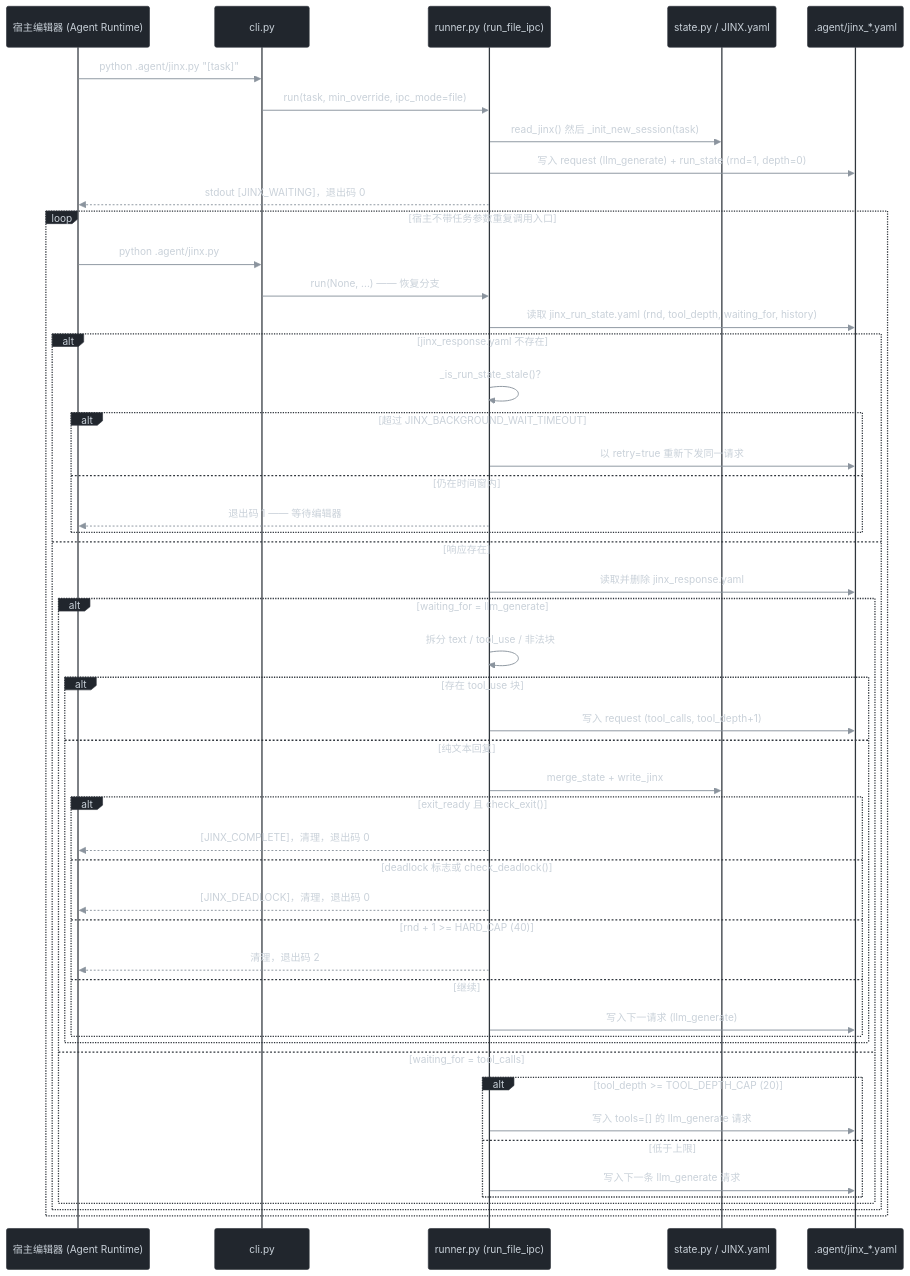
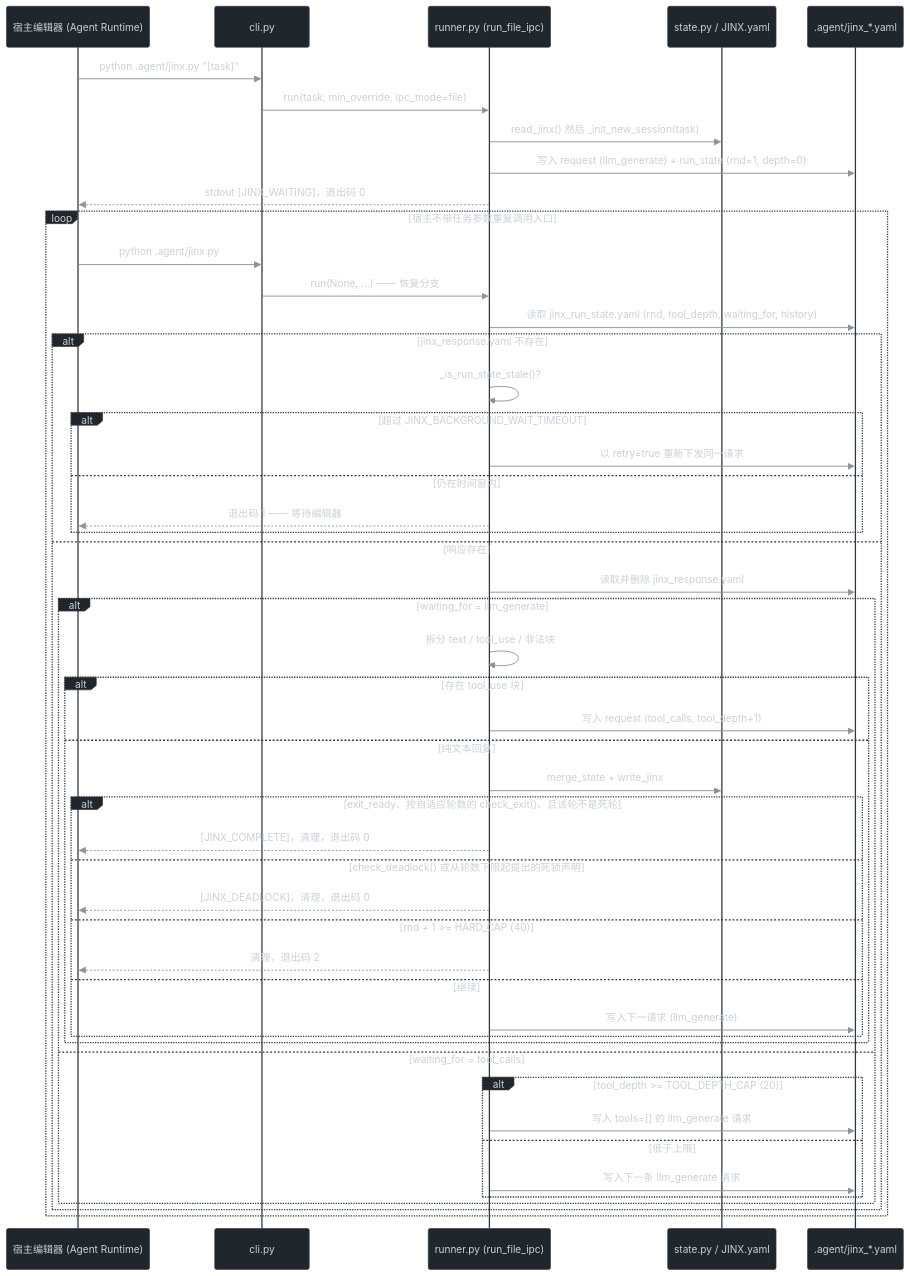
Before and after one commit to apxgpt/agent: the fourth of 5 diagrams in README_ZH.md, drawn with Mermaid. The commit also changed other lines of this file and 12 other files, not shown here.

````diff
--- a/README_ZH.md
+++ b/README_ZH.md
@@ -348,55 +358,55 @@
 ```mermaid
 %%{init: {'theme': 'base', 'themeVariables': {"darkMode": true, "background": "#0d1117", "primaryColor": "#21262d", "primaryTextColor": "#e6edf3", "primaryBorderColor": "#8b949e", "lineColor": "#8b949e", "textColor": "#e6edf3", "edgeLabelBackground": "#161b22", "actorBkg": "#21262d", "actorBorder": "#30363d", "actorTextColor": "#c9d1d9", "actorLineColor": "#30363d", "signalColor": "#8b949e", "signalTextColor": "#c9d1d9", "noteBkgColor": "#161b22", "noteBorderColor": "#30363d", "noteTextColor": "#c9d1d9", "labelBoxBkgColor": "#21262d", "labelBoxBorderColor": "#30363d", "labelTextColor": "#c9d1d9", "loopTextColor": "#c9d1d9", "activationBkgColor": "#21262d", "activationBorderColor": "#30363d"}}}%%
 sequenceDiagram
     participant Host as 宿主编辑器 (Agent Runtime)
     participant CLI as cli.py
     participant Runner as runner.py (run_file_ipc)
     participant State as state.py / JINX.yaml
     participant IPC as .agent/jinx_*.yaml
 
     Host->>CLI: python .agent/jinx.py "[task]"
     CLI->>Runner: run(task, min_override, ipc_mode=file)
     Runner->>State: read_jinx() 然后 _init_new_session(task)
     Runner->>IPC: 写入 request (llm_generate) + run_state (rnd=1, depth=0)
     Runner-->>Host: stdout [JINX_WAITING]，退出码 0
 
     loop 宿主不带任务参数重复调用入口
         Host->>CLI: python .agent/jinx.py
         CLI->>Runner: run(None, ...) —— 恢复分支
         Runner->>IPC: 读取 jinx_run_state.yaml (rnd, tool_depth, waiting_for, history)
 
         alt jinx_response.yaml 不存在
             Runner->>Runner: _is_run_state_stale()?
             alt 超过 JINX_BACKGROUND_WAIT_TIMEOUT
                 Runner->>IPC: 以 retry=true 重新下发同一请求
             else 仍在时间窗内
                 Runner-->>Host: 退出码 1 —— 等待编辑器
             end
         else 响应存在
             Runner->>IPC: 读取并删除 jinx_response.yaml
             alt waiting_for = llm_generate
                 Runner->>Runner: 拆分 text / tool_use / 非法块
                 alt 存在 tool_use 块
                     Runner->>IPC: 写入 request (tool_calls, tool_depth+1)
                 else 纯文本回复
                     Runner->>State: merge_state + write_jinx
-                    alt exit_ready 且 check_exit()
+                    alt exit_ready、按自适应轮数的 check_exit()、且该轮不是死轮
                         Runner-->>Host: [JINX_COMPLETE]，清理，退出码 0
-                    else deadlock 标志或 check_deadlock()
+                    else check_deadlock() 或从轮数下限起提出的死锁声明
                         Runner-->>Host: [JINX_DEADLOCK]，清理，退出码 0
                     else rnd + 1 >= HARD_CAP (40)
                         Runner-->>Host: 清理，退出码 2
                     else 继续
                         Runner->>IPC: 写入下一请求 (llm_generate)
                     end
                 end
             else waiting_for = tool_calls
                 alt tool_depth >= TOOL_DEPTH_CAP (20)
                     Runner->>IPC: 写入 tools=[] 的 llm_generate 请求
                 else 低于上限
                     Runner->>IPC: 写入下一条 llm_generate 请求
                 end
             end
         end
     end
 ```
````
